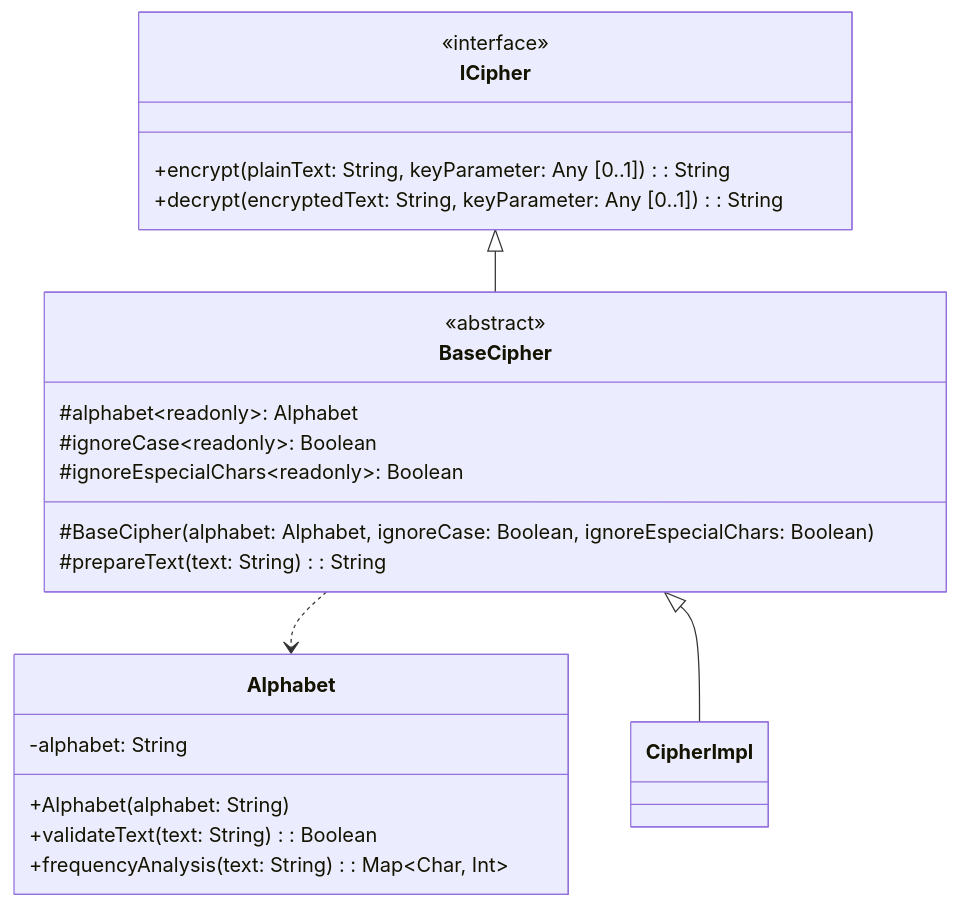
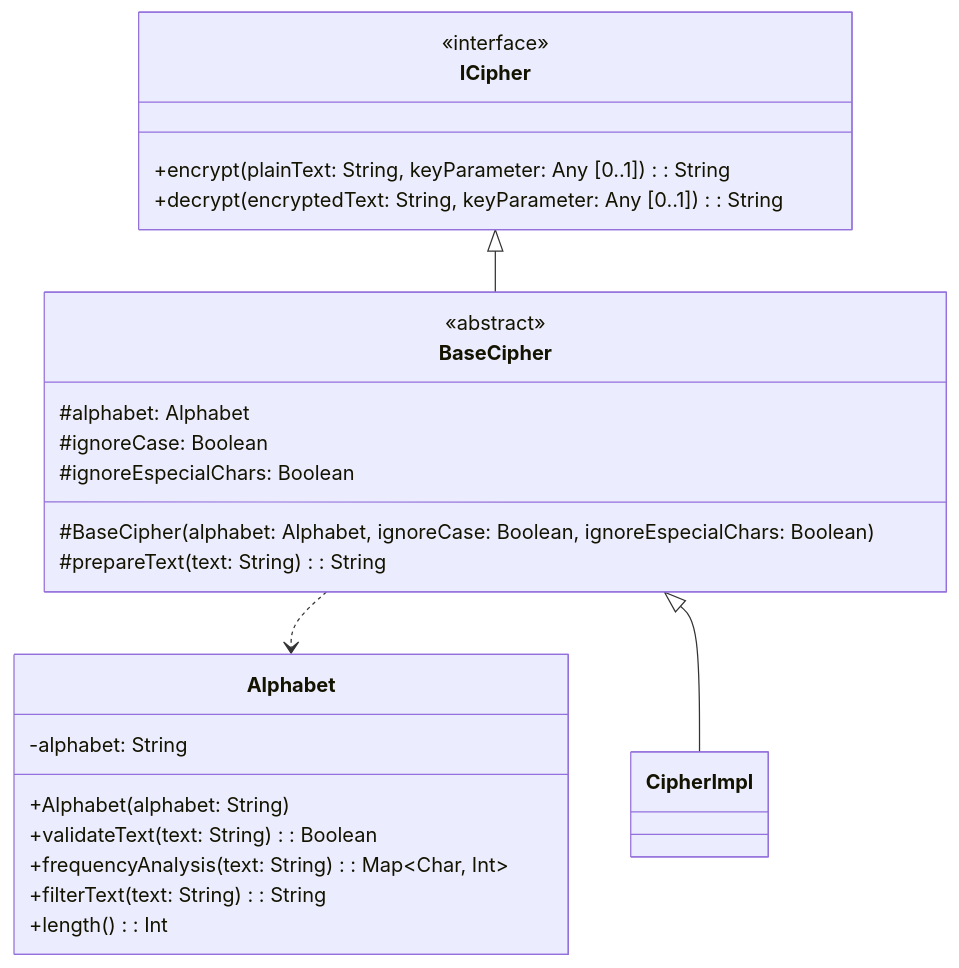
Before and after one commit to rogerrocaarano/ClassicCrypto: the diagram in docs/class.mmd, drawn with Mermaid. The commit also changed 1 other file, not shown here.

Commit message:
chore: añadir README.md y actualizar diagrama de clases en class.mmd

```diff
--- a/docs/class.mmd
+++ b/docs/class.mmd
@@ -1,26 +1,28 @@
 classDiagram
     direction TB
     class ICipher {
         <<interface>>
         +encrypt(plainText: String, keyParameter: Any [0..1]): String
         +decrypt(encryptedText: String, keyParameter: Any [0..1]): String
     }
     ICipher <|-- BaseCipher
 
     class Alphabet {
         -alphabet: String
         +Alphabet(alphabet: String)
         +validateText(text: String): Boolean
         +frequencyAnalysis(text: String): Map~Char, Int~
+        +filterText(text: String): String
+        +length(): Int
     }
 
     class BaseCipher {
         <<abstract>>
-        #alphabet~readonly~: Alphabet
-        #ignoreCase~readonly~: Boolean
-        #ignoreEspecialChars~readonly~: Boolean
+        #alphabet: Alphabet
+        #ignoreCase: Boolean
+        #ignoreEspecialChars: Boolean
         #BaseCipher(alphabet: Alphabet, ignoreCase: Boolean, ignoreEspecialChars: Boolean)
         #prepareText(text: String): String
     }
     BaseCipher ..> Alphabet
     BaseCipher <|-- CipherImpl
```
